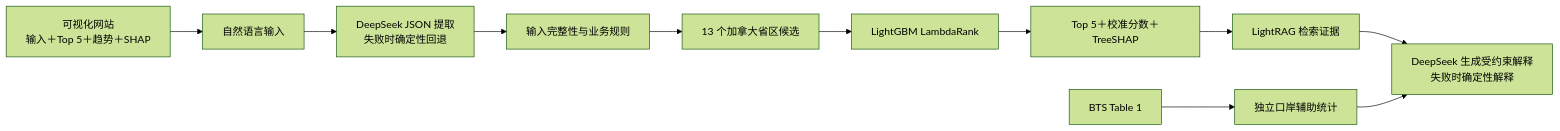
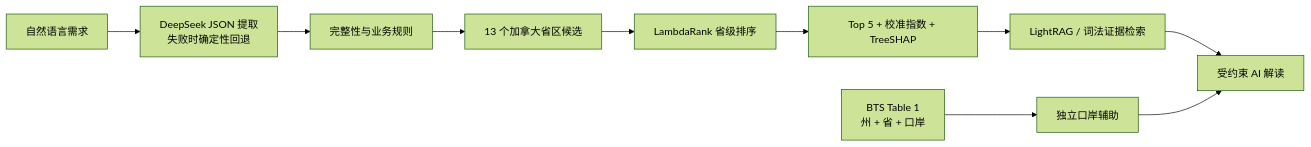
The second of 2 diagrams in README.md (mayakid/north-america-truck-market-mvp), drawn with Mermaid (forest theme) before and after one commit. The commit also changed other lines of this file and 27 other files, not shown here.

````diff
--- a/README.md
+++ b/README.md
@@ -35,13 +150,12 @@
 ```mermaid
 flowchart LR
-    UI["可视化网站\n输入＋Top 5＋趋势＋SHAP"] --> A["自然语言输入"]
-    A --> B["DeepSeek JSON 提取\n失败时确定性回退"]
-    B --> C["输入完整性与业务规则"]
+    A["自然语言需求"] --> B["DeepSeek JSON 提取\n失败时确定性回退"]
+    B --> C["完整性与业务规则"]
     C --> D["13 个加拿大省区候选"]
-    D --> E["LightGBM LambdaRank"]
-    E --> F["Top 5＋校准分数＋TreeSHAP"]
-    F --> G["LightRAG 检索证据"]
-    G --> H["DeepSeek 生成受约束解释\n失败时确定性解释"]
-    I["BTS Table 1"] --> J["独立口岸辅助统计"]
+    D --> E["LambdaRank 省级排序"]
+    E --> F["Top 5 + 校准指数 + TreeSHAP"]
+    F --> G["LightRAG / 词法证据检索"]
+    G --> H["受约束 AI 解读"]
+    I["BTS Table 1\n州 + 省 + 口岸"] --> J["独立口岸辅助"]
     J --> H
 ```
````
